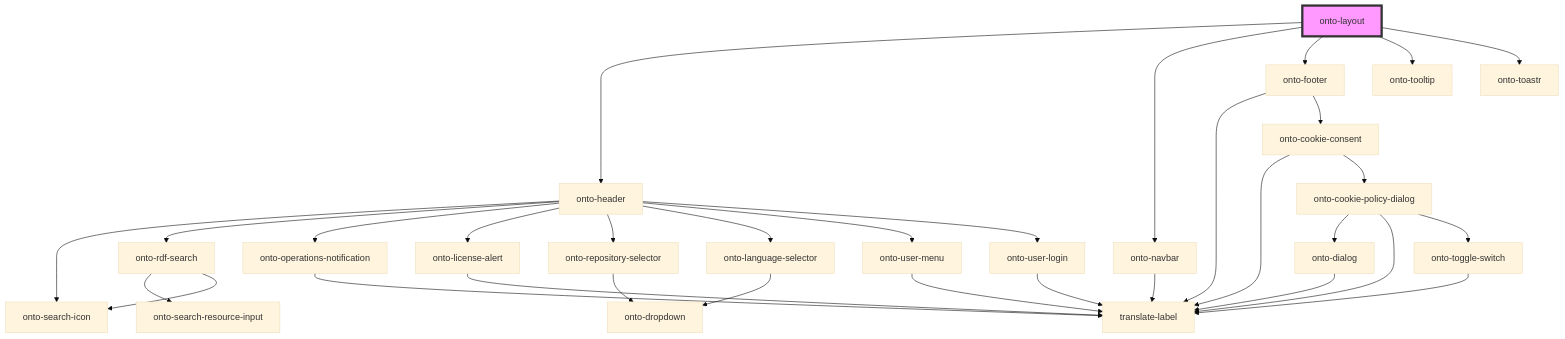
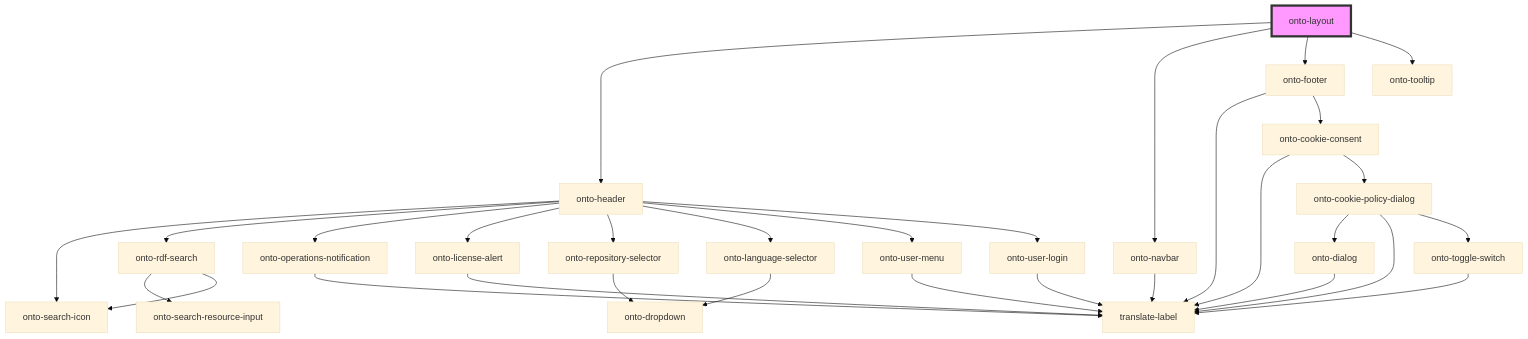
The diagram in packages/shared-components/src/components/onto-layout/readme.md (Ontotext-AD/graphdb-workbench), drawn with Mermaid (base theme) before and after one commit. The commit also changed other lines of this file and 8 other files, not shown here.

First line of the commit message:
GDB-13656: Fix OIDC flow with incorrect user handling

````diff
--- a/packages/shared-components/src/components/onto-layout/readme.md
+++ b/packages/shared-components/src/components/onto-layout/readme.md
@@ -19,35 +18,34 @@
 ```mermaid
 graph TD;
   onto-layout --> onto-header
   onto-layout --> onto-navbar
   onto-layout --> onto-footer
   onto-layout --> onto-tooltip
-  onto-layout --> onto-toastr
   onto-header --> onto-search-icon
   onto-header --> onto-rdf-search
   onto-header --> onto-operations-notification
   onto-header --> onto-license-alert
   onto-header --> onto-repository-selector
   onto-header --> onto-language-selector
   onto-header --> onto-user-menu
   onto-header --> onto-user-login
   onto-rdf-search --> onto-search-resource-input
   onto-rdf-search --> onto-search-icon
   onto-operations-notification --> translate-label
   onto-license-alert --> translate-label
   onto-repository-selector --> onto-dropdown
   onto-language-selector --> onto-dropdown
   onto-user-menu --> translate-label
   onto-user-login --> translate-label
   onto-navbar --> translate-label
   onto-footer --> translate-label
   onto-footer --> onto-cookie-consent
   onto-cookie-consent --> translate-label
   onto-cookie-consent --> onto-cookie-policy-dialog
   onto-cookie-policy-dialog --> onto-dialog
   onto-cookie-policy-dialog --> translate-label
   onto-cookie-policy-dialog --> onto-toggle-switch
   onto-dialog --> translate-label
   onto-toggle-switch --> translate-label
   style onto-layout fill:#f9f,stroke:#333,stroke-width:4px
 ```
````
